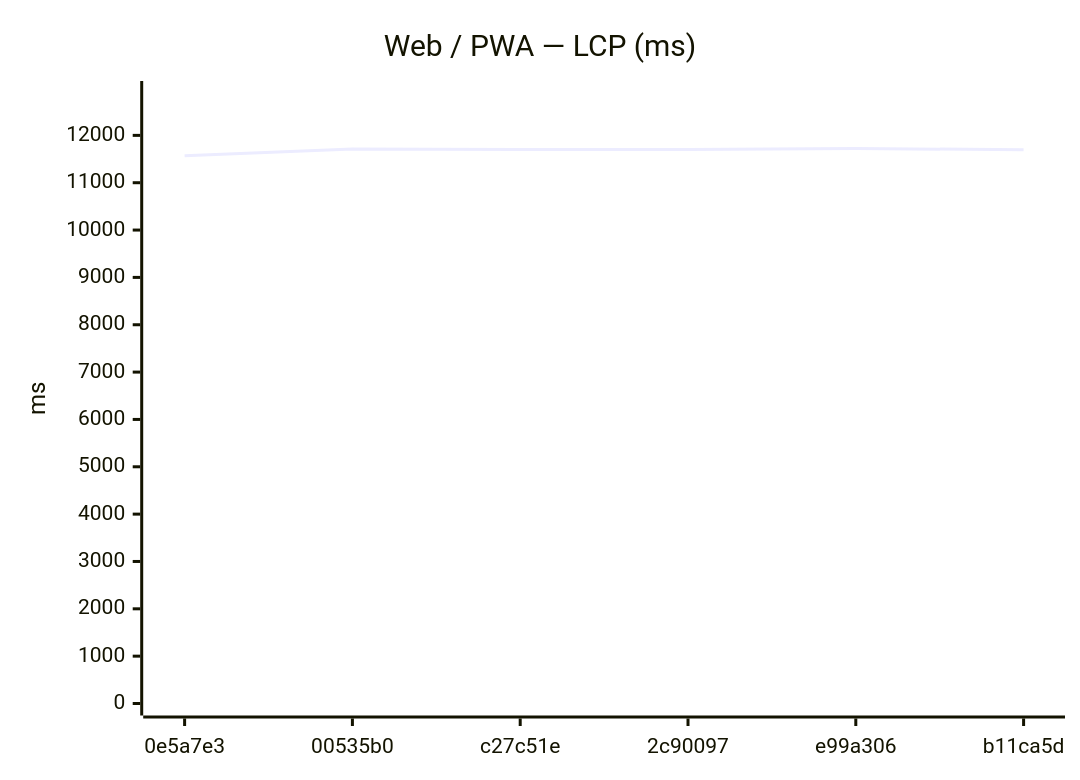
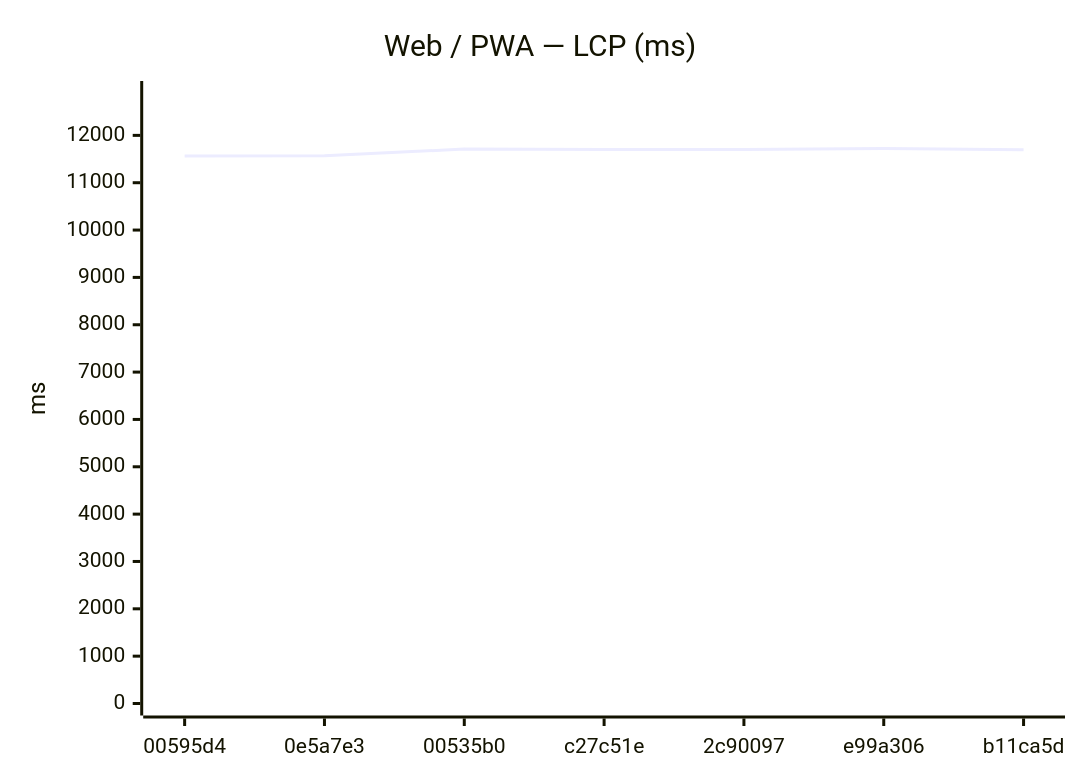
Before and after one commit to Metaheurist/Rianell: the first of 24 diagrams in benchmarks/compare.md, drawn with Mermaid. The commit also changed other lines of this file and 12 other files, not shown here.

````diff
--- a/benchmarks/compare.md
+++ b/benchmarks/compare.md
@@ -20,7 +21,7 @@
 ```mermaid
 xychart-beta
     title "Web / PWA — LCP (ms)"
-    x-axis ["0e5a7e3", "00535b0", "c27c51e", "2c90097", "e99a306", "b11ca5d"]
+    x-axis ["00595d4", "0e5a7e3", "00535b0", "c27c51e", "2c90097", "e99a306", "b11ca5d"]
     y-axis "ms" 0 --> 12895
-    line [11571, 11711, 11699, 11703, 11722, 11697]
+    line [11566, 11571, 11711, 11699, 11703, 11722, 11697]
 ```
````
